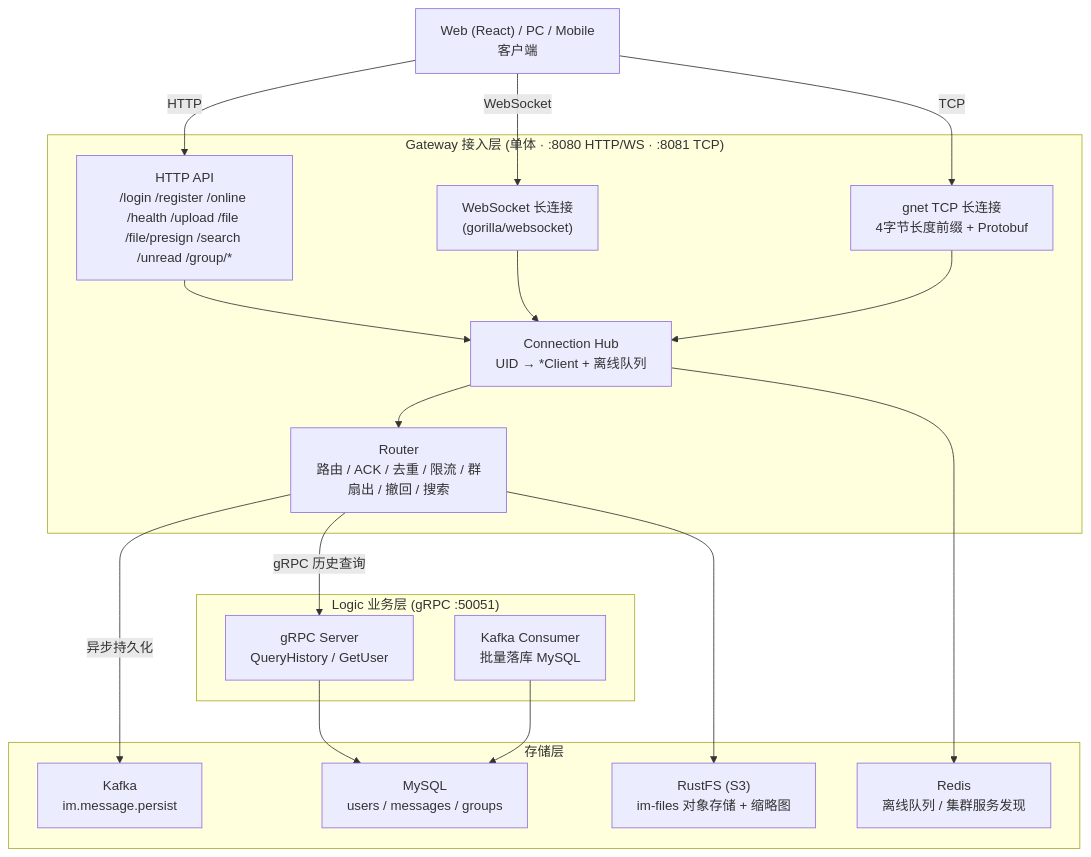
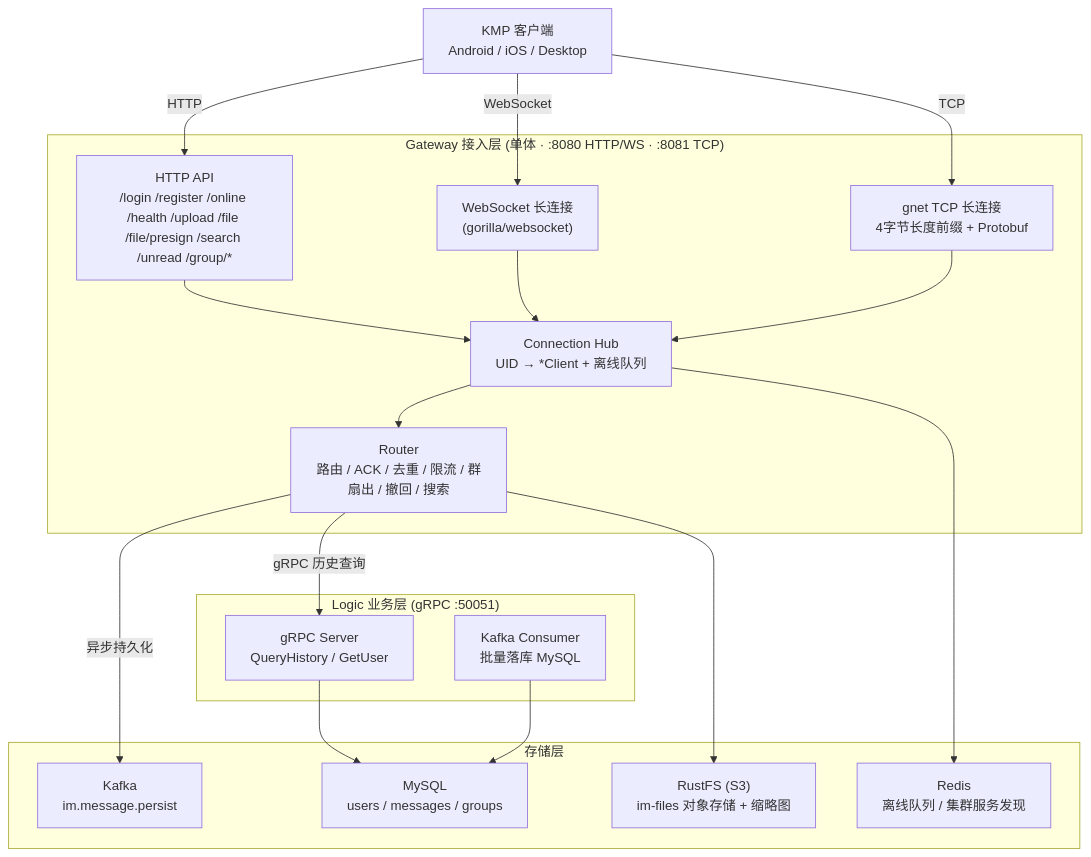
Before and after one commit to chaishuanzhu/GO-IM: the diagram in README.md, drawn with Mermaid. The commit also changed other lines of this file and 224 other files, not shown here.

First line of the commit message:
Remove native iOS and React web clients (archived on archive/ios-web)

````diff
--- a/README.md
+++ b/README.md
@@ -21,38 +21,38 @@
 ```mermaid
 flowchart TD
-    Client["Web (React) / PC / Mobile<br/>客户端"]
+    Client["KMP 客户端<br/>Android / iOS / Desktop"]
 
     subgraph GW["Gateway 接入层 (单体 · :8080 HTTP/WS · :8081 TCP)"]
         HTTP["HTTP API<br/>/login /register /online /health /upload /file /file/presign /search /unread /group/*"]
         WS["WebSocket 长连接<br/>(gorilla/websocket)"]
         TCP["gnet TCP 长连接<br/>4字节长度前缀 + Protobuf"]
         Hub["Connection Hub<br/>UID → *Client + 离线队列"]
         Router["Router<br/>路由 / ACK / 去重 / 限流 / 群扇出 / 撤回 / 搜索"]
     end
 
     subgraph LG["Logic 业务层 (gRPC :50051)"]
         GRPC["gRPC Server<br/>QueryHistory / GetUser"]
         CONS["Kafka Consumer<br/>批量落库 MySQL"]
     end
 
     subgraph DS["存储层"]
         MYSQL["MySQL<br/>users / messages / groups"]
         REDIS["Redis<br/>离线队列 / 集群服务发现"]
         KAFKA["Kafka<br/>im.message.persist"]
         RUSTFS["RustFS (S3)<br/>im-files 对象存储 + 缩略图"]
     end
 
     Client -->|HTTP| HTTP
     Client -->|WebSocket| WS
     Client -->|TCP| TCP
     WS --> Hub
     TCP --> Hub
     HTTP --> Hub
     Hub --> Router
     Router -->|异步持久化| KAFKA
     Router -->|gRPC 历史查询| GRPC
     CONS --> MYSQL
     GRPC --> MYSQL
     Hub --> REDIS
     Router --> RUSTFS
 ```
````
